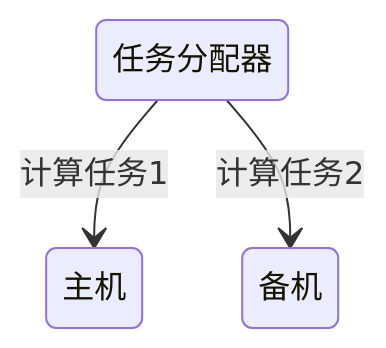
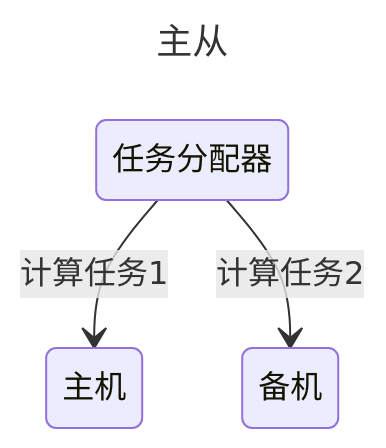
The fifth of 8 diagrams in doc/软件工程/架构/系统设计/可用性.md (0xcaffebabe/note), drawn with Mermaid before and after one commit. The commit also changed other lines of this file and 2 other files, not shown here.

````diff
--- a/doc/软件工程/架构/系统设计/可用性.md
+++ b/doc/软件工程/架构/系统设计/可用性.md
@@ -286,5 +200,8 @@
 ```mermaid
+---
+title: 主从
+---
 stateDiagram-v2
   任务分配器 --> 主机: 计算任务1
   任务分配器 --> 备机: 计算任务2
 ```
````
